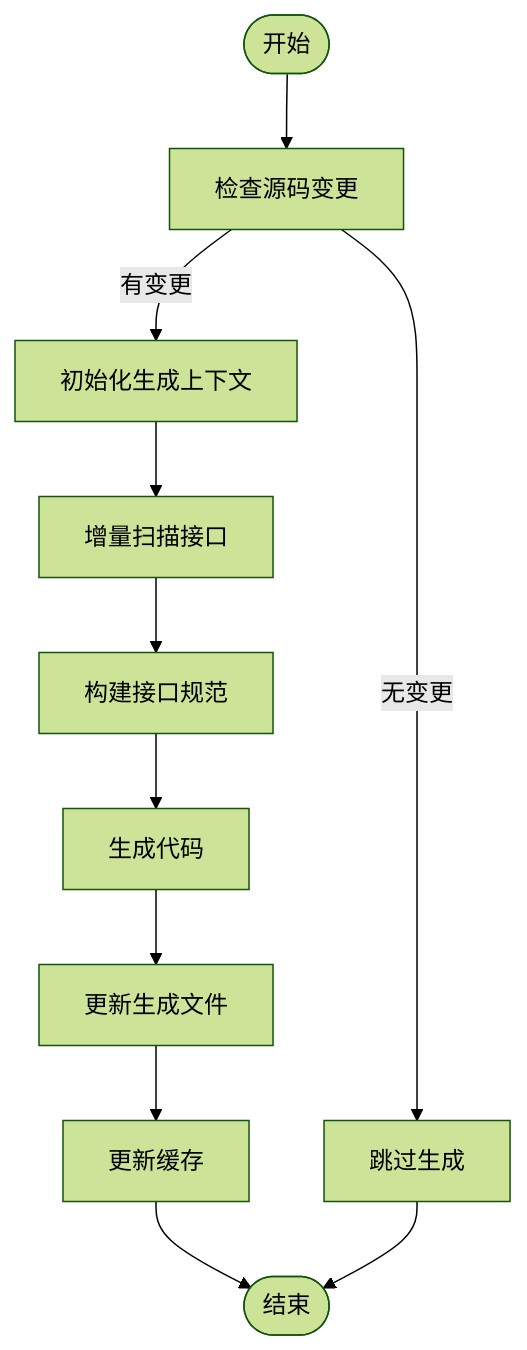
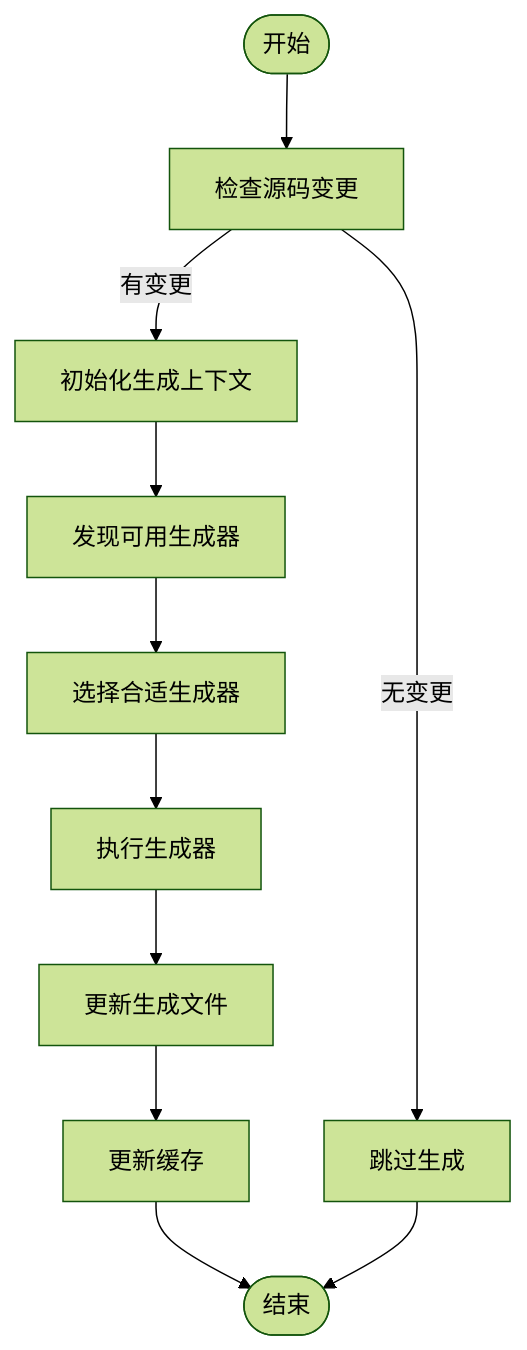
One commit to alivy/AutoCode changed the fifth of 7 diagrams in .qoder/repowiki/zh/content/源代码生成器/源代码生成器.md. Above: the diagram before and after it, drawn with Mermaid (forest theme). The commit also changed other lines of this file and 53 other files, not shown here.

````diff
--- a/.qoder/repowiki/zh/content/源代码生成器/源代码生成器.md
+++ b/.qoder/repowiki/zh/content/源代码生成器/源代码生成器.md
@@ -458,13 +361,13 @@
 ```mermaid
 flowchart TD
 Start(["开始"]) --> CheckChange["检查源码变更"]
 CheckChange --> |无变更| Skip["跳过生成"]
 CheckChange --> |有变更| InitCtx["初始化生成上下文"]
-InitCtx --> Scan["增量扫描接口"]
-Scan --> BuildSpec["构建接口规范"]
-BuildSpec --> Generate["生成代码"]
-Generate --> UpdateFiles["更新生成文件"]
+InitCtx --> Discover["发现可用生成器"]
+Discover --> SelectGen["选择合适生成器"]
+SelectGen --> ExecuteGen["执行生成器"]
+ExecuteGen --> UpdateFiles["更新生成文件"]
 UpdateFiles --> Cache["更新缓存"]
 Cache --> End(["结束"])
 Skip --> End
 ```
````
